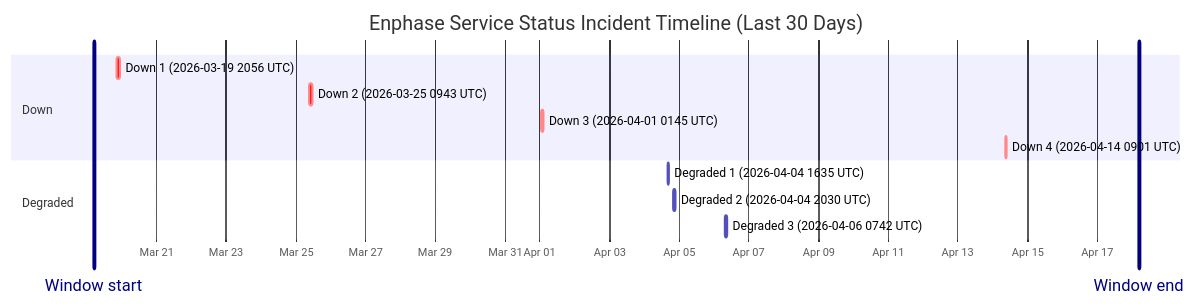
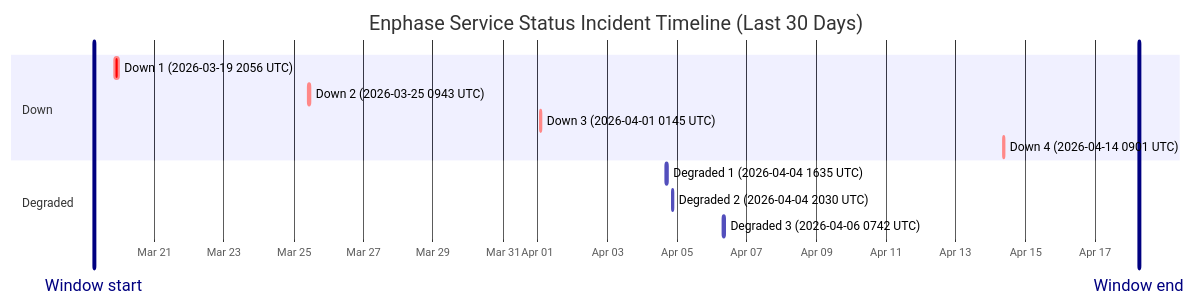
One commit to barneyonline/ha-enphase-ev-charger changed the diagram in wiki/Service-Status-History.md. Above: the diagram before and after it, drawn with Mermaid. The commit also changed other lines of this file and 3 other files, not shown here.

````diff
--- a/wiki/Service-Status-History.md
+++ b/wiki/Service-Status-History.md
@@ -14,17 +14,17 @@
 ```mermaid
 gantt
     title Enphase Service Status Incident Timeline (Last 30 Days)
     dateFormat  YYYY-MM-DDTHH:mm:ss
     axisFormat  %b %d
-    Window start :vert, window-start, 2026-03-19T04:54:57, 0ms
-    Window end :vert, window-end, 2026-04-18T04:54:57, 0ms
+    Window start :vert, window-start, 2026-03-19T06:12:48, 0ms
+    Window end :vert, window-end, 2026-04-18T06:12:48, 0ms
     section Down
     Down 1 (2026-03-19 2056 UTC) :crit, down-1, 2026-03-19T20:56:20, 145m
     Down 2 (2026-03-25 0943 UTC) :crit, down-2, 2026-03-25T09:43:28, 111m
     Down 3 (2026-04-01 0145 UTC) :crit, down-3, 2026-04-01T01:45:09, 60m
     Down 4 (2026-04-14 0901 UTC) :crit, down-4, 2026-04-14T09:01:13, 60m
     section Degraded
     Degraded 1 (2026-04-04 1635 UTC) :active, degraded-1, 2026-04-04T16:35:17, 60m
     Degraded 2 (2026-04-04 2030 UTC) :active, degraded-2, 2026-04-04T20:30:40, 60m
     Degraded 3 (2026-04-06 0742 UTC) :active, degraded-3, 2026-04-06T07:42:09, 85m
 ```
````
